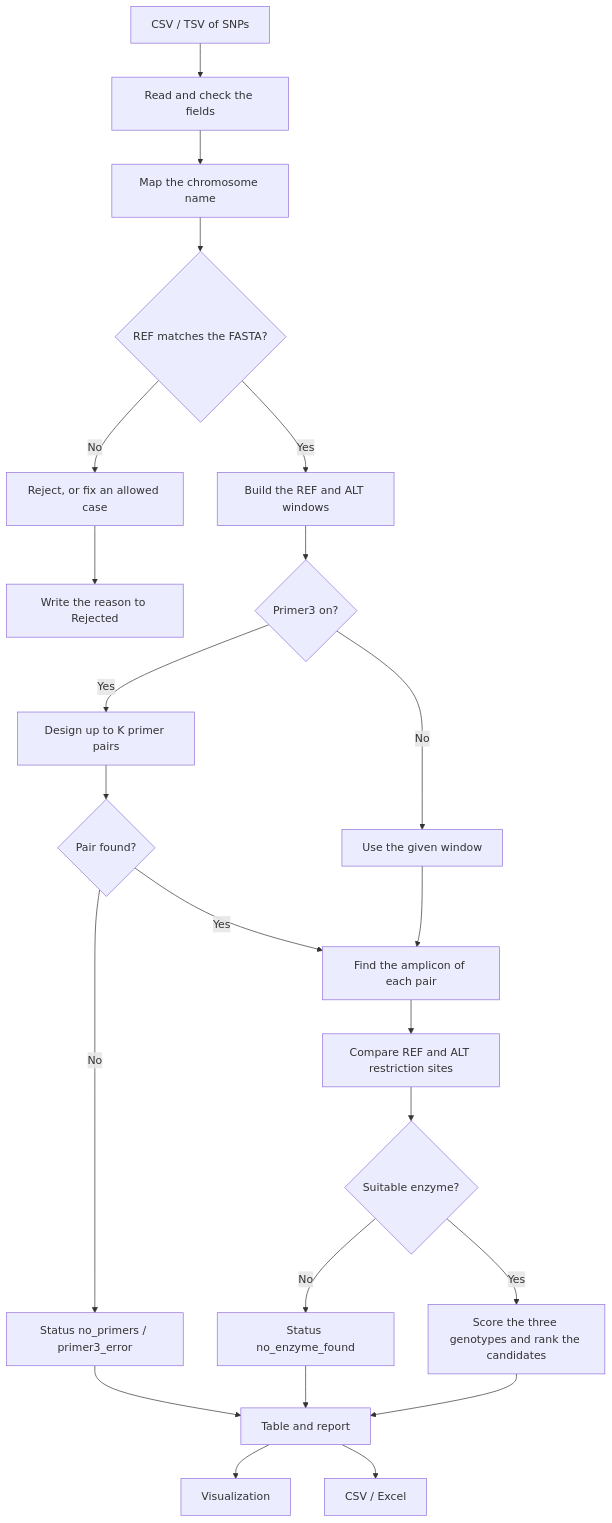
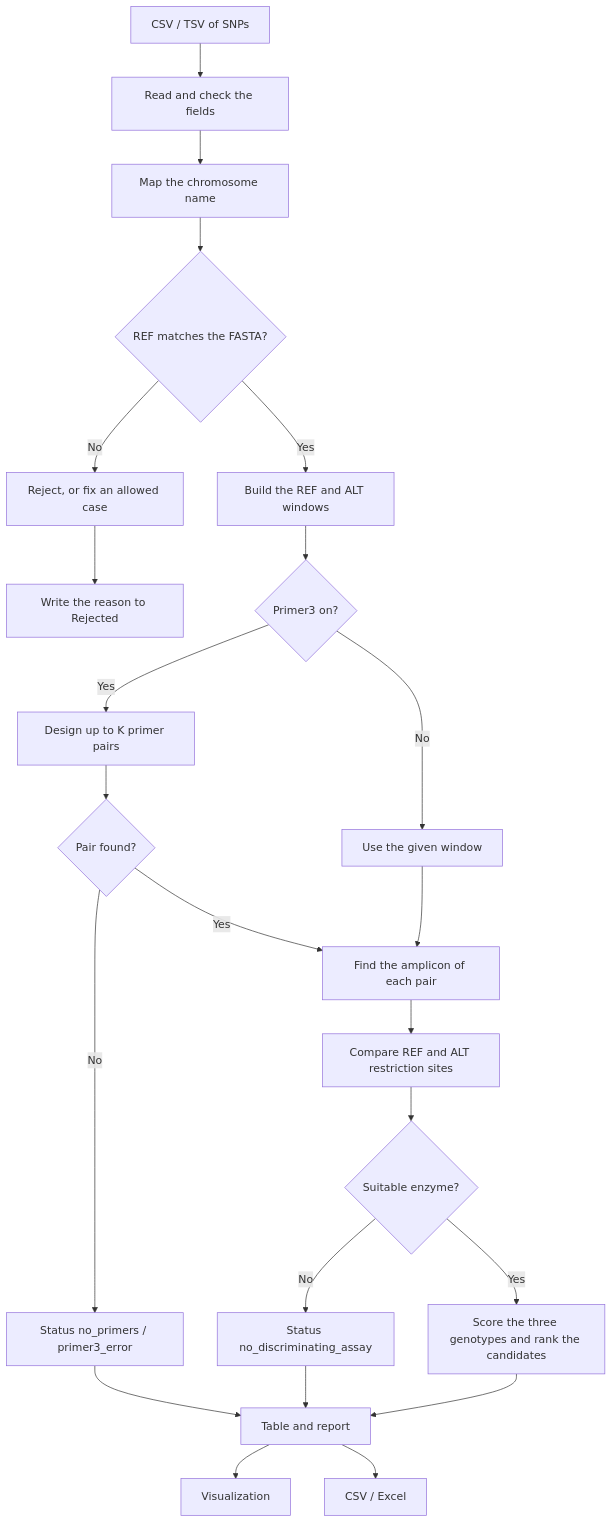
Before and after one commit to adrobi/rflppicker: the diagram in README.md, drawn with Mermaid. The commit also changed 8 other files, not shown here.

````diff
--- a/README.md
+++ b/README.md
@@ -98,25 +98,25 @@
 ```mermaid
 flowchart TD
     A[CSV / TSV of SNPs] --> B[Read and check the fields]
     B --> C[Map the chromosome name]
     C --> D{REF matches the FASTA?}
     D -->|No| E[Reject, or fix an allowed case]
     D -->|Yes| F[Build the REF and ALT windows]
     E --> G[Write the reason to Rejected]
     F --> H{Primer3 on?}
     H -->|Yes| I[Design up to K primer pairs]
     H -->|No| J[Use the given window]
     I --> K{Pair found?}
     K -->|No| L[Status no_primers / primer3_error]
     K -->|Yes| M[Find the amplicon of each pair]
     J --> M
     M --> N[Compare REF and ALT restriction sites]
     N --> O{Suitable enzyme?}
-    O -->|No| P[Status no_enzyme_found]
+    O -->|No| P[Status no_discriminating_assay]
     O -->|Yes| Q[Score the three genotypes and rank the candidates]
     L --> R[Table and report]
     P --> R
     Q --> R
     R --> S[Visualization]
     R --> T[CSV / Excel]
 ```
````
